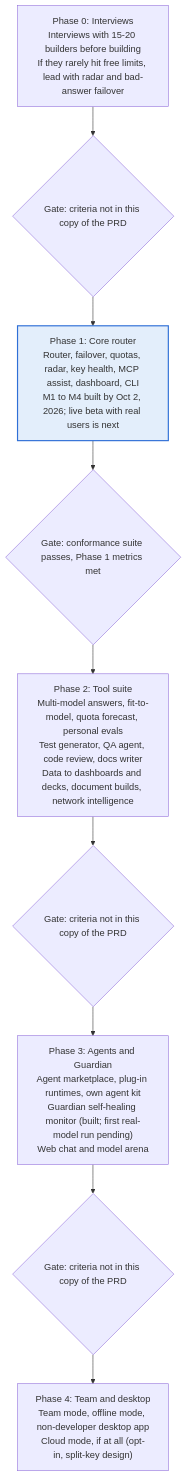
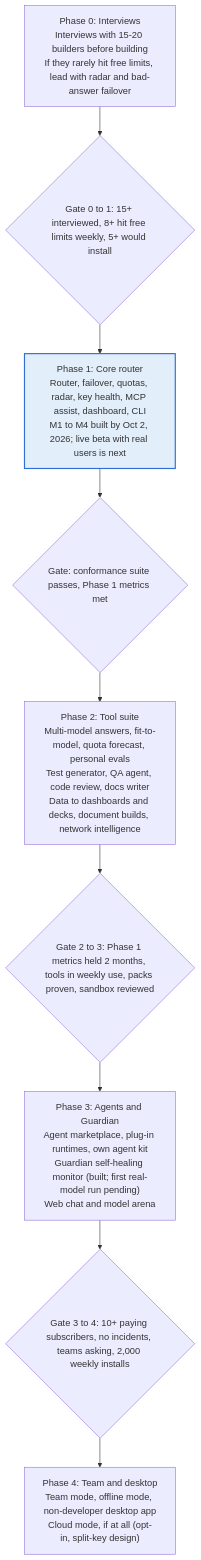
One commit to pusyc74-prog/MangoMan changed the second of 2 diagrams in docs/PRD.md. Above: the diagram before and after it, drawn with Mermaid. The commit also changed other lines of this file, not shown here.

First line of the commit message:
PRD: add approved roadmap gate criteria

````diff
--- a/docs/PRD.md
+++ b/docs/PRD.md
@@ -555,14 +555,14 @@
 ```mermaid
 flowchart TB
   p0["Phase 0: Interviews<br/>Interviews with 15-20 builders before building<br/>If they rarely hit free limits, lead with radar and bad-answer failover"]
-  g0{"Gate: criteria not in this copy of the PRD"}
+  g0{"Gate 0 to 1: 15+ interviewed, 8+ hit free limits weekly, 5+ would install"}
   p1["Phase 1: Core router<br/>Router, failover, quotas, radar, key health, MCP assist, dashboard, CLI<br/>M1 to M4 built by Oct 2, 2026; live beta with real users is next"]
   g1{"Gate: conformance suite passes, Phase 1 metrics met"}
   p2["Phase 2: Tool suite<br/>Multi-model answers, fit-to-model, quota forecast, personal evals<br/>Test generator, QA agent, code review, docs writer<br/>Data to dashboards and decks, document builds, network intelligence"]
-  g2{"Gate: criteria not in this copy of the PRD"}
+  g2{"Gate 2 to 3: Phase 1 metrics held 2 months, tools in weekly use, packs proven, sandbox reviewed"}
   p3["Phase 3: Agents and Guardian<br/>Agent marketplace, plug-in runtimes, own agent kit<br/>Guardian self-healing monitor (built; first real-model run pending)<br/>Web chat and model arena"]
-  g3{"Gate: criteria not in this copy of the PRD"}
+  g3{"Gate 3 to 4: 10+ paying subscribers, no incidents, teams asking, 2,000 weekly installs"}
   p4["Phase 4: Team and desktop<br/>Team mode, offline mode, non-developer desktop app<br/>Cloud mode, if at all (opt-in, split-key design)"]
   p0 --> g0 --> p1 --> g1 --> p2 --> g2 --> p3 --> g3 --> p4
   style p1 fill:#e3eefb,stroke:#2f6fd6,stroke-width:2px
 ```
````
